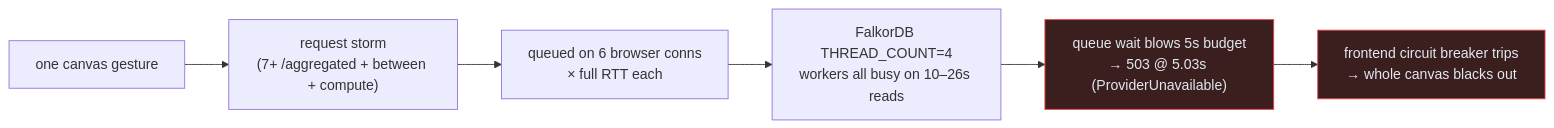
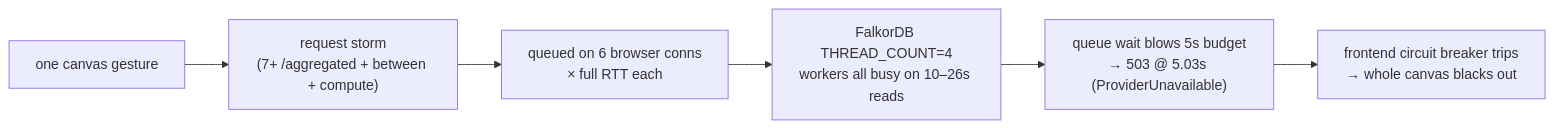
Before and after one commit to rkrumins/dataviz: the diagram in docs/read-path-performance/README.md, drawn with Mermaid. The commit also changed 46 other files, not shown here.

````diff
--- a/docs/read-path-performance/README.md
+++ b/docs/read-path-performance/README.md
@@ -46,10 +46,8 @@
 ```mermaid
 flowchart LR
     G["one canvas gesture"] --> S["request storm<br/>(7+ /aggregated + between + compute)"]
     S --> Q["queued on 6 browser conns<br/>× full RTT each"]
     Q --> W["FalkorDB THREAD_COUNT=4<br/>workers all busy on 10–26s reads"]
     W --> T["queue wait blows 5s budget<br/>→ 503 @ 5.03s (ProviderUnavailable)"]
     T --> B["frontend circuit breaker trips<br/>→ whole canvas blacks out"]
-    style T fill:#3b1f1f,stroke:#ef4444,color:#e2e8f0
-    style B fill:#3b1f1f,stroke:#ef4444,color:#e2e8f0
 ```
````
